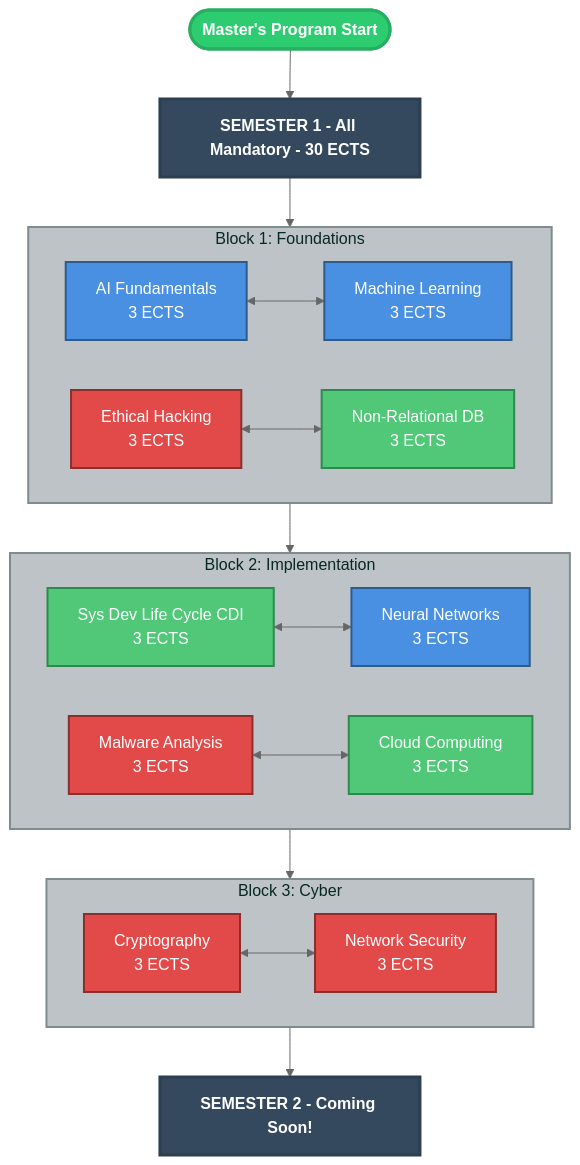
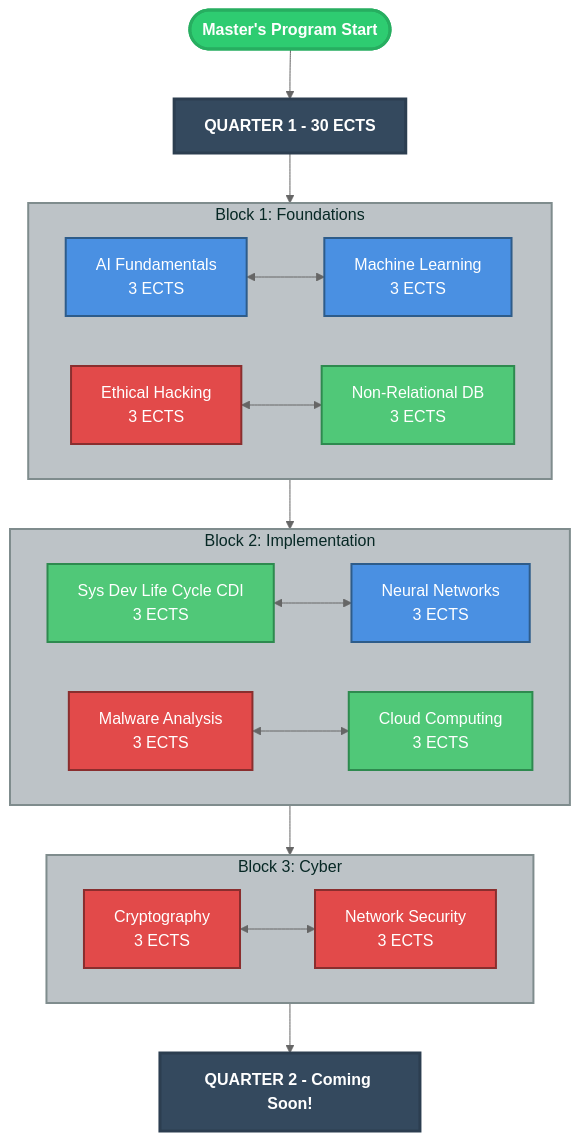
The diagram in ROADMAP.md (cyberpabs/masters-ml-cybersecurity-upc), drawn with Mermaid before and after one commit.

Commit message:
Update roadmap to reflect quarterly structure

````diff
--- a/ROADMAP.md
+++ b/ROADMAP.md
@@ -8,67 +8,67 @@
 ```mermaid
 %%{init: {'theme':'base', 'themeVariables': { 'primaryColor':'#e1f5ff','primaryTextColor':'#000','primaryBorderColor':'#333','lineColor':'#666','secondaryColor':'#d4edda','tertiaryColor':'#f8d7da'}}}%%
 flowchart TD
-    Start([Master's Program Start]) --> S1_Intro[SEMESTER 1 - All Mandatory - 30 ECTS]
+    Start([Master's Program Start]) --> S1_Intro[QUARTER 1 - 30 ECTS]
     
     S1_Intro --> Block1
     
     subgraph Block1["Block 1: Foundations"]
         direction LR
         B1_AI["AI Fundamentals 
         3 ECTS"]:::ai <-->
 
         B1_ML["Machine Learning
         3 ECTS"]:::ai
 
         B1_C["Ethical Hacking
         3 ECTS"]:::cyber <-->
 
         B1_S["Non-Relational DB
         3 ECTS"]:::soft
 
     end
     
     Block1 --> Block2
     
     subgraph Block2["Block 2: Implementation"]
         direction LR
         B2_S2["Sys Dev Life Cycle CDI
         3 ECTS"]:::soft <-->
 
         B2_AI["Neural Networks
         3 ECTS"]:::ai 
 
         B2_C["Malware Analysis
         3 ECTS"]:::cyber <-->
 
         B2_S["Cloud Computing
         3 ECTS"]:::soft
 
     end
     
     Block2 --> Block3
     
     subgraph Block3["Block 3: Cyber"]
         direction LR
         B3_C["Cryptography
         3 ECTS"]:::cyber <-->
 
         B3_C2["Network Security
         3 ECTS"]:::cyber
     end
     
-    Block3 --> S2_Intro[SEMESTER 2 - Coming Soon!]
+    Block3 --> S2_Intro[QUARTER 2 - Coming Soon!]
 
     %% Styling for course types
     classDef ai fill:#4A90E2,stroke:#2E5C8A,stroke-width:2px,color:#fff
     classDef cyber fill:#E24A4A,stroke:#8A2E2E,stroke-width:2px,color:#fff
     classDef soft fill:#50C878,stroke:#2E8A4F,stroke-width:2px,color:#fff
     classDef semester fill:#34495E,stroke:#2C3E50,stroke-width:3px,color:#fff,font-weight:bold
     
     class S1_Intro,S2_Intro semester
     
     style Start fill:#2ECC71,stroke:#27AE60,stroke-width:3px,color:#fff,font-weight:bold
     style Block1 fill:#BDC3C7,stroke:#7F8C8D,stroke-width:2px
     style Block2 fill:#BDC3C7,stroke:#7F8C8D,stroke-width:2px
     style Block3 fill:#BDC3C7,stroke:#7F8C8D,stroke-width:2px
 ```
````
